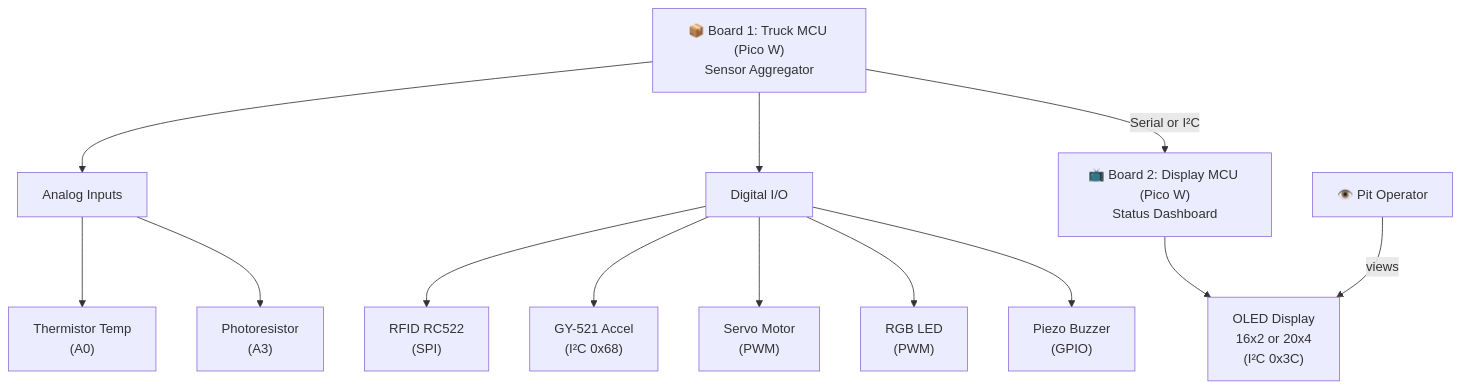
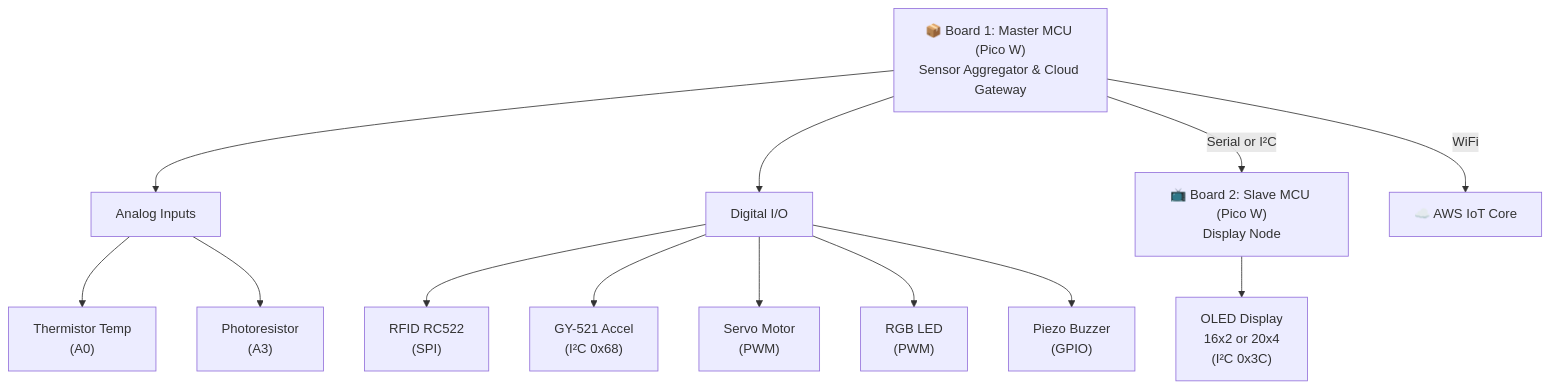
The first of 7 diagrams in docs/electronics/09.md (prgrobots/Iot2_new), drawn with Mermaid before and after one commit. The commit also changed other lines of this file and 60 other files, not shown here.

First line of the commit message:
Update MCU architecture: Remove pit operator role, clarify Master/Slave MCU

````diff
--- a/docs/electronics/09.md
+++ b/docs/electronics/09.md
@@ -99,21 +99,21 @@
 ```mermaid
 graph TB
-    Board1["📦 Board 1: Truck MCU (Pico W)<br/>Sensor Aggregator"] 
-    Board2["📺 Board 2: Display MCU (Pico W)<br/>Status Dashboard"]
+    Board1["📦 Board 1: Master MCU (Pico W)<br/>Sensor Aggregator & Cloud Gateway"] 
+    Board2["📺 Board 2: Slave MCU (Pico W)<br/>Display Node"]
     
     Board1 --> Analog[Analog Inputs]
     Analog --> Thermistor["Thermistor Temp<br/>(A0)"]
     Analog --> Light["Photoresistor<br/>(A3)"]
     
     Board1 --> Digital[Digital I/O]
     Digital --> RFID["RFID RC522<br/>(SPI)"]
     Digital --> GY521["GY-521 Accel<br/>(I²C 0x68)"]
     Digital --> Servo["Servo Motor<br/>(PWM)"]
     Digital --> RGB["RGB LED<br/>(PWM)"]
     Digital --> Buzzer["Piezo Buzzer<br/>(GPIO)"]
     
     Board1 -->|Serial or I²C| Board2
     Board2 --> OLED["OLED Display<br/>16x2 or 20x4<br/>(I²C 0x3C)"]
     
-    Operator["👁️ Pit Operator"] -->|views| OLED
+    Board1 -->|WiFi| AWS["☁️ AWS IoT Core"]
 ```
````
